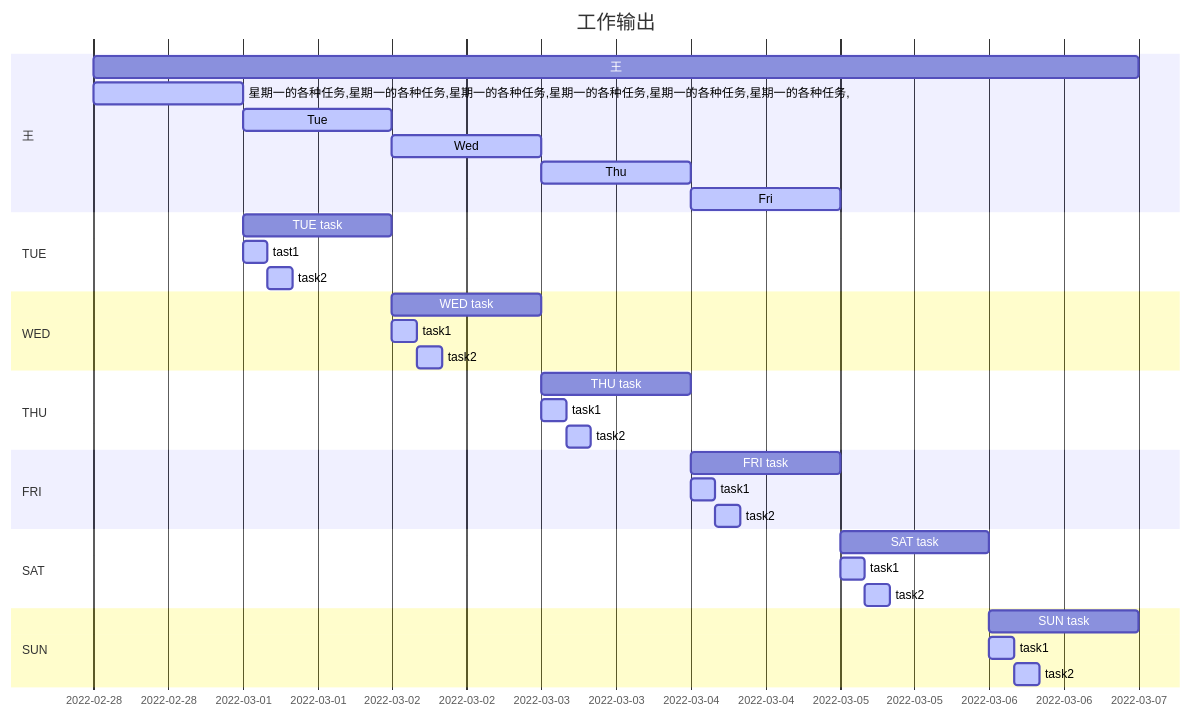
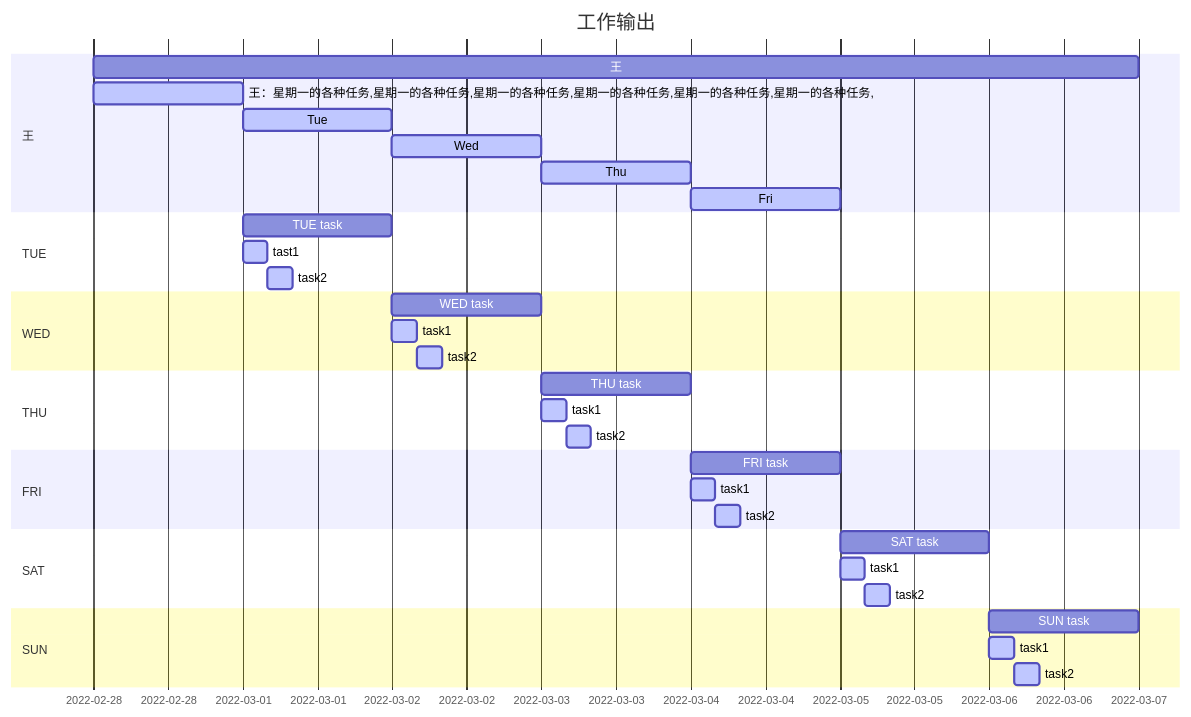
The diagram in README.md (DC-Melo/README), drawn with Mermaid before and after one commit.

````diff
--- a/README.md
+++ b/README.md
@@ -73,43 +73,43 @@
 ```mermaid
 gantt
     dateFormat  YYYY-MM-DD
     title 工作输出
 
     section 王
     王    : mon0p  , 2022-02-28 , 1w
-    星期一的各种任务,星期一的各种任务,星期一的各种任务,星期一的各种任务,星期一的各种任务,星期一的各种任务,        : active , mon1f    , 2022-02-28    , 1d
+    王：星期一的各种任务,星期一的各种任务,星期一的各种任务,星期一的各种任务,星期一的各种任务,星期一的各种任务,        : active , mon1f    , 2022-02-28    , 1d
     Tue        : active , mon2f    , after mon1f , 1d
     Wed        : active , mon3f    , after mon2f , 1d
     Thu        : active , mon4f    , after mon3f , 1d
     Fri        : active , mon5f    , after mon4f , 1d
 
     section TUE
     TUE task    : tue0p  , 2022-03-01 , 1d
     tast1       : active , tue1f    , 2022-03-01    , 4h
     task2       : active , tue2f    , after tue1f , 4h
 
     section WED
     WED task    : wed0p  , 2022-03-02 , 1d
     task1       : active , wed1f    , 2022-03-02    , 4h
     task2       : active , wed2f    , after wed1f , 4h
 
     section THU
     THU task    : thu0p  , 2022-03-03 , 1d
     task1       : active , thu1f    , 2022-03-03    , 4h
     task2       : active , thu2f    , after thu1f , 4h
 
     section FRI
     FRI task    : fri0p  , 2022-03-04 , 1d
     task1       : active , fri1f    , 2022-03-04    , 4h
     task2       : active , fri2f    , after fri1f , 4h
 
     section SAT
     SAT task    : sat0p  , 2022-03-05 , 1d
     task1       : active , sat1f    , 2022-03-05    , 4h
     task2       : active , sat2f    , after sat1f , 4h
 
     section SUN
     SUN task    : sun0p  , 2022-03-06 , 1d
     task1       : active , sun1f    , 2022-03-06    , 4h
     task2       : active , sun2f    , after sun1f , 4h
 ```
````
